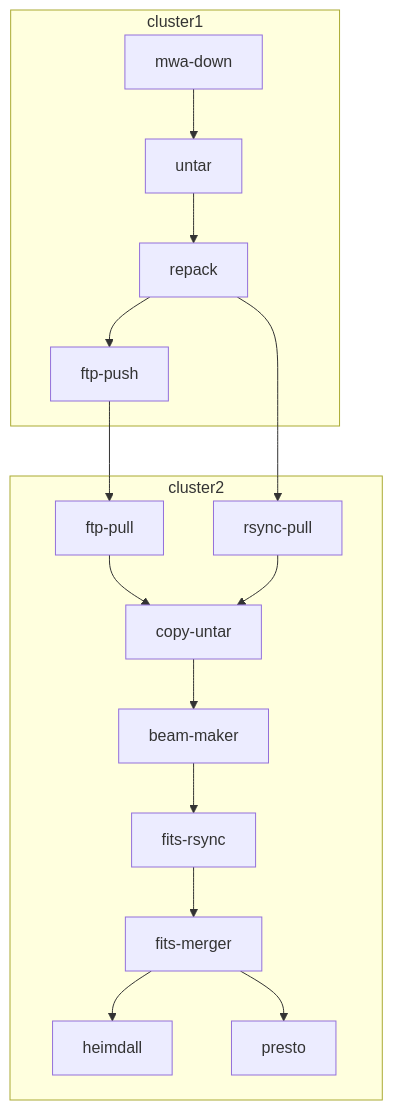
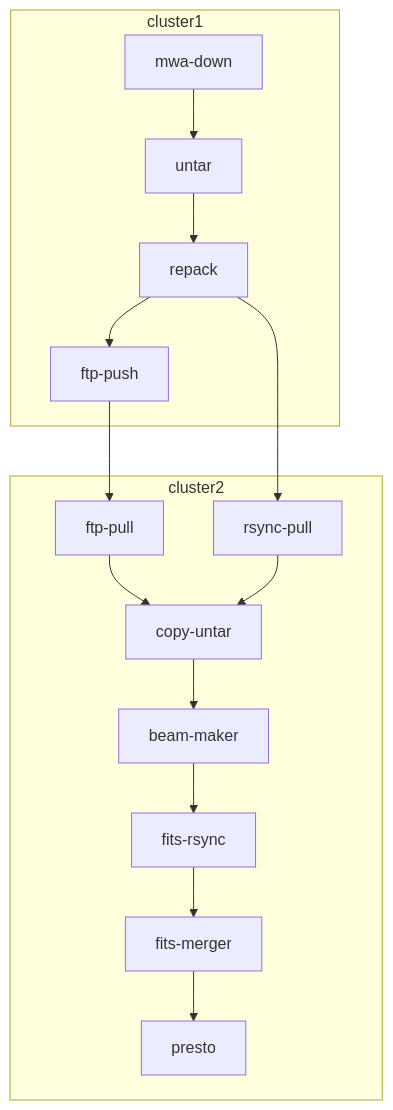
One commit to kaichao/app-mwa changed the third of 3 diagrams in README.md. Above: the diagram before and after it, drawn with Mermaid. The commit also changed other lines of this file and 5 other files, not shown here.

````diff
--- a/README.md
+++ b/README.md
@@ -157,33 +146,31 @@
 ```mermaid
 
 flowchart TB
   mwa-down --> untar
   untar --> repack
   repack --> ftp-push
   ftp-push --> ftp-pull
   ftp-pull --> copy-untar
   repack --> rsync-pull
   rsync-pull --> copy-untar
   copy-untar --> beam-maker
   beam-maker --> fits-rsync
   fits-rsync --> fits-merger
-  fits-merger --> heimdall
   fits-merger --> presto
   subgraph cluster2
     ftp-pull
     rsync-pull
     copy-untar
     beam-maker
     fits-rsync
     fits-merger
-    heimdall
     presto
   end
   subgraph cluster1
     mwa-down
     untar
     repack
     ftp-push
   end
   
   ```
````
